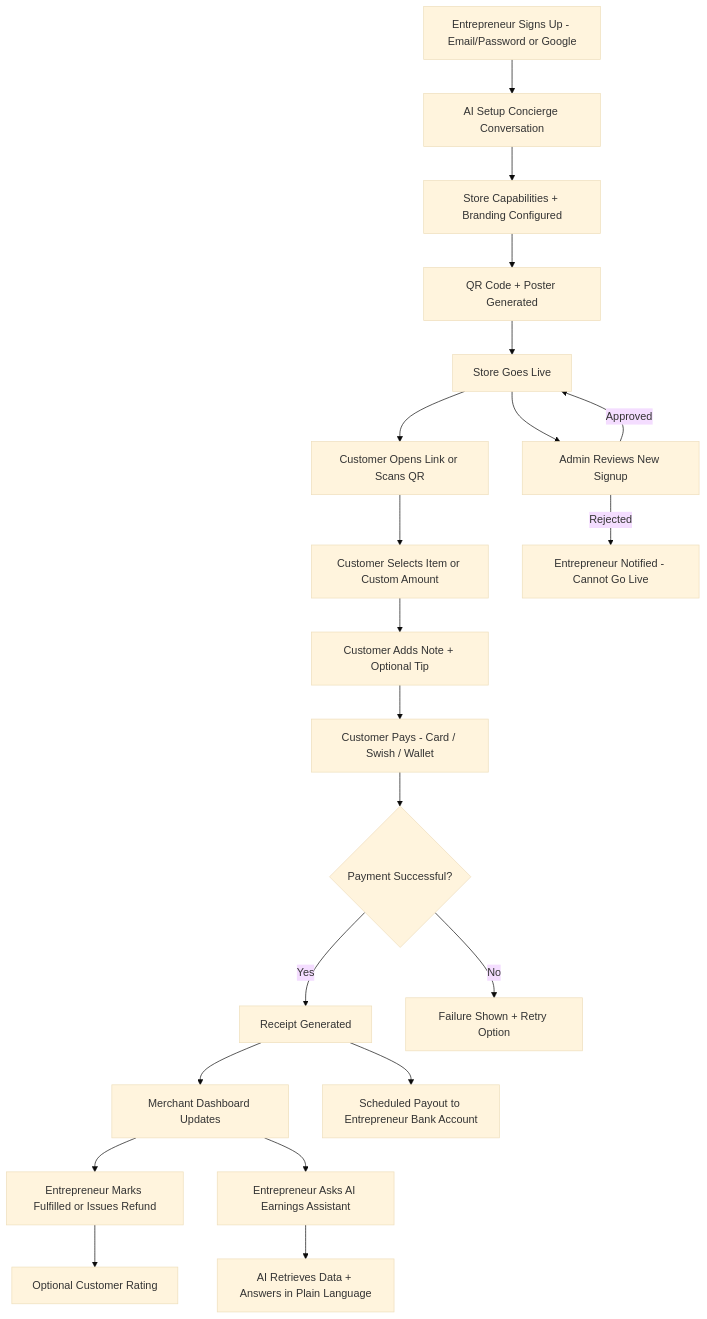
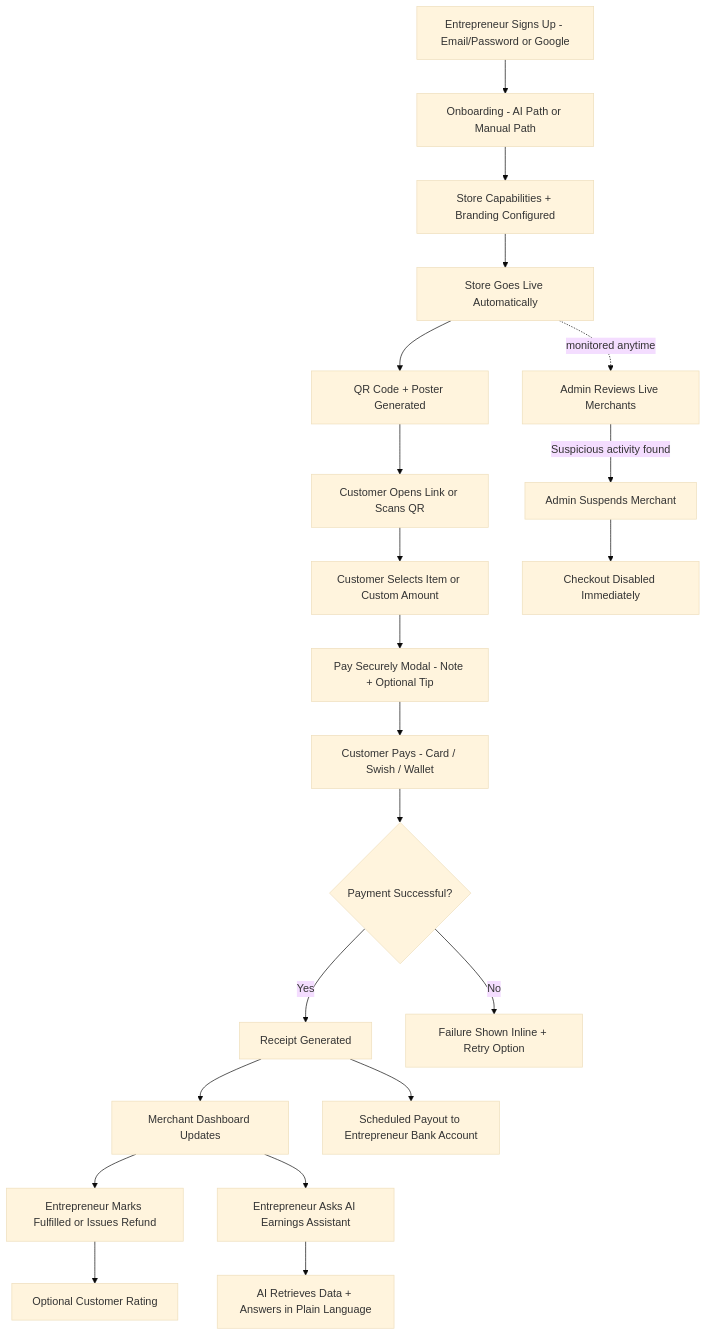
One commit to Pandiyaraj2004/Paylink changed the first of 9 diagrams in master-doc.md. Above: the diagram before and after it, drawn with Mermaid (base theme). The commit also changed other lines of this file and 177 other files, not shown here.

````diff
--- a/master-doc.md
+++ b/master-doc.md
@@ -513,23 +532,23 @@
 ```mermaid
 flowchart TD
-    A[Entrepreneur Signs Up - Email/Password or Google] --> B[AI Setup Concierge Conversation]
+    A[Entrepreneur Signs Up - Email/Password or Google] --> B[Onboarding - AI Path or Manual Path]
     B --> C[Store Capabilities + Branding Configured]
-    C --> D[QR Code + Poster Generated]
-    D --> E[Store Goes Live]
-    E --> F[Customer Opens Link or Scans QR]
-    F --> G[Customer Selects Item or Custom Amount]
-    G --> H[Customer Adds Note + Optional Tip]
-    H --> I[Customer Pays - Card / Swish / Wallet]
-    I --> J{Payment Successful?}
-    J -->|Yes| K[Receipt Generated]
-    J -->|No| L[Failure Shown + Retry Option]
-    K --> M[Merchant Dashboard Updates]
-    M --> N[Entrepreneur Marks Fulfilled or Issues Refund]
-    N --> O[Optional Customer Rating]
-    M --> P[Entrepreneur Asks AI Earnings Assistant]
-    P --> Q[AI Retrieves Data + Answers in Plain Language]
-    K --> R[Scheduled Payout to Entrepreneur Bank Account]
-    E --> S[Admin Reviews New Signup]
-    S -->|Approved| E
-    S -->|Rejected| T[Entrepreneur Notified - Cannot Go Live]
+    C --> D[Store Goes Live Automatically]
+    D --> D2[QR Code + Poster Generated]
+    D2 --> E[Customer Opens Link or Scans QR]
+    E --> F[Customer Selects Item or Custom Amount]
+    F --> G[Pay Securely Modal - Note + Optional Tip]
+    G --> H[Customer Pays - Card / Swish / Wallet]
+    H --> I{Payment Successful?}
+    I -->|Yes| J[Receipt Generated]
+    I -->|No| K[Failure Shown Inline + Retry Option]
+    J --> L[Merchant Dashboard Updates]
+    L --> M[Entrepreneur Marks Fulfilled or Issues Refund]
+    M --> N[Optional Customer Rating]
+    L --> O[Entrepreneur Asks AI Earnings Assistant]
+    O --> P[AI Retrieves Data + Answers in Plain Language]
+    J --> Q[Scheduled Payout to Entrepreneur Bank Account]
+    D -.monitored anytime.-> R[Admin Reviews Live Merchants]
+    R -->|Suspicious activity found| S[Admin Suspends Merchant]
+    S --> T[Checkout Disabled Immediately]
 ```
````
